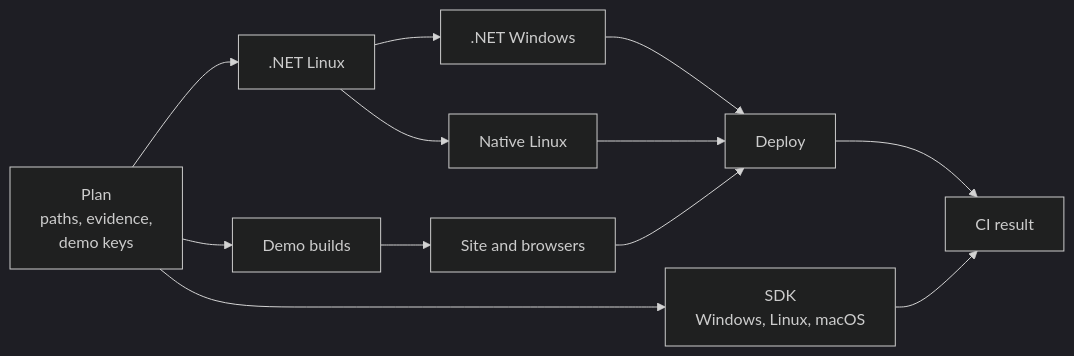
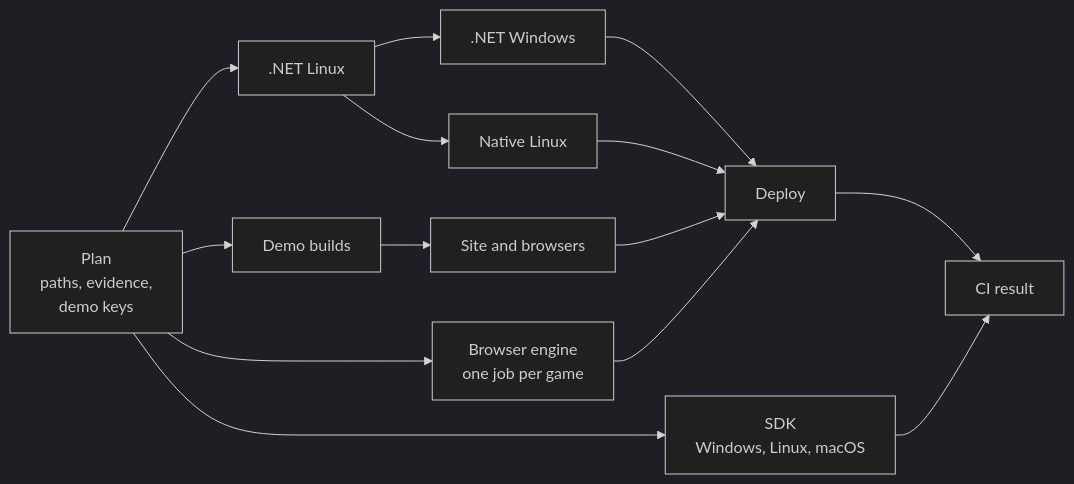
One commit to NastMz/MicroEngine changed the first of 2 diagrams in docs/ci.md. Above: the diagram before and after it, drawn with Mermaid (dark theme). The commit also changed other lines of this file, not shown here.

First line of the commit message:
docs(ci): describe the nightly validation, the browser engine suites and the SDL native checks

````diff
--- a/docs/ci.md
+++ b/docs/ci.md
@@ -29,16 +30,18 @@
 ```mermaid
 flowchart LR
   accTitle: Daily CI
   accDescr: Plan decides the checks, the checks run, the site deploys if needed, and CI result gates everything.
   plan[Plan<br/>paths, evidence,<br/>demo keys] --> linux[.NET Linux]
   linux --> windows[.NET Windows]
   linux --> native[Native Linux]
   plan --> build[Demo builds]
+  plan --> engine[Browser engine<br/>one job per game]
   plan --> sdk[SDK<br/>Windows, Linux, macOS]
   build --> site[Site and browsers]
   windows --> deploy[Deploy]
   native --> deploy
   site --> deploy
+  engine --> deploy
   deploy --> result[CI result]
   sdk --> result
 ```
````
